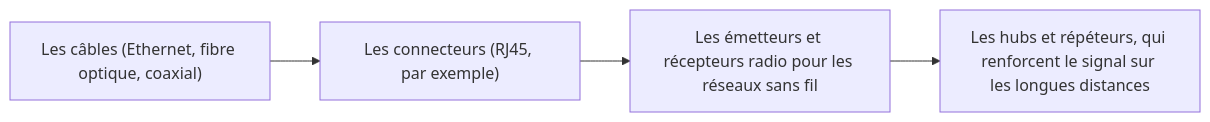
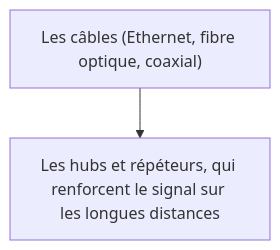
One commit to sk34pk25/tssr-cours changed the fourth of 5 diagrams in docs/modules/01-bases-reseaux/module-01-le-modele-osi.md. Above: the diagram before and after it, drawn with Mermaid. The commit also changed other lines of this file and 12 other files, not shown here.

````diff
--- a/docs/modules/01-bases-reseaux/module-01-le-modele-osi.md
+++ b/docs/modules/01-bases-reseaux/module-01-le-modele-osi.md
@@ -424,10 +312,6 @@
 ```mermaid
-flowchart LR
+flowchart TD
     N1["Les câbles (Ethernet, fibre optique, coaxial)"]
-    N2["Les connecteurs (RJ45, par exemple)"]
-    N3["Les émetteurs et récepteurs radio pour les réseaux sans fil"]
     N4["Les hubs et répéteurs, qui renforcent le signal sur les longues distances"]
-    N1 --> N2
-    N2 --> N3
-    N3 --> N4
+    N1 --> N4
 ```
````
